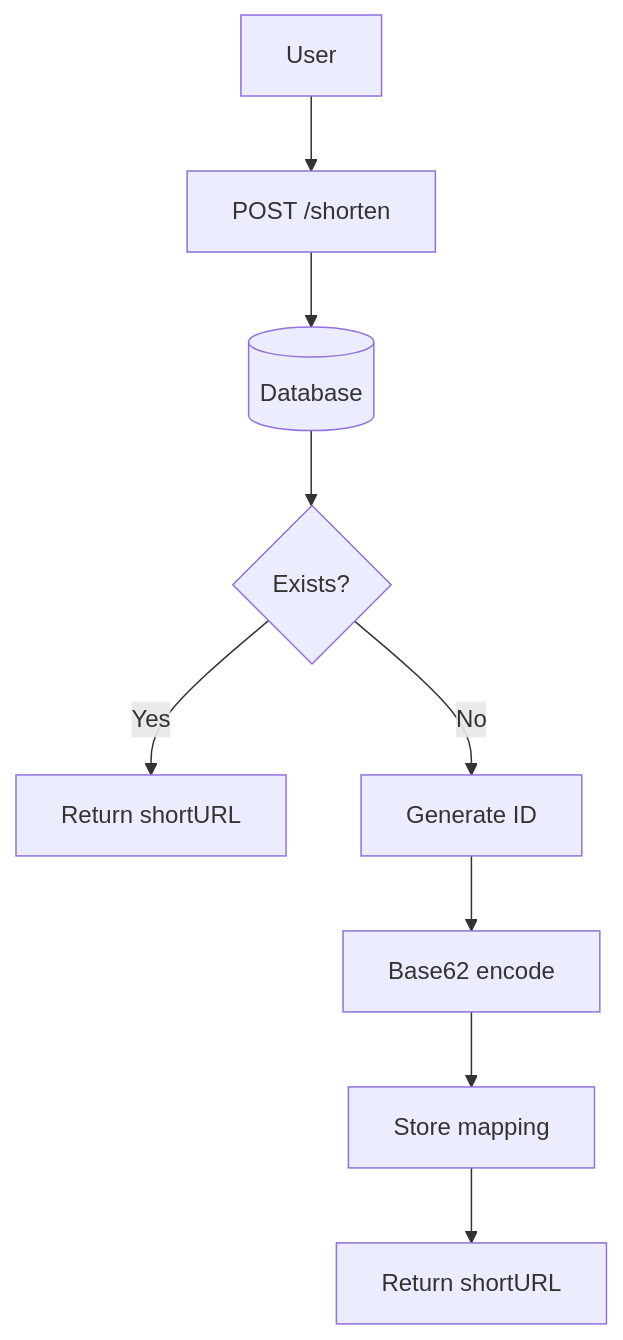
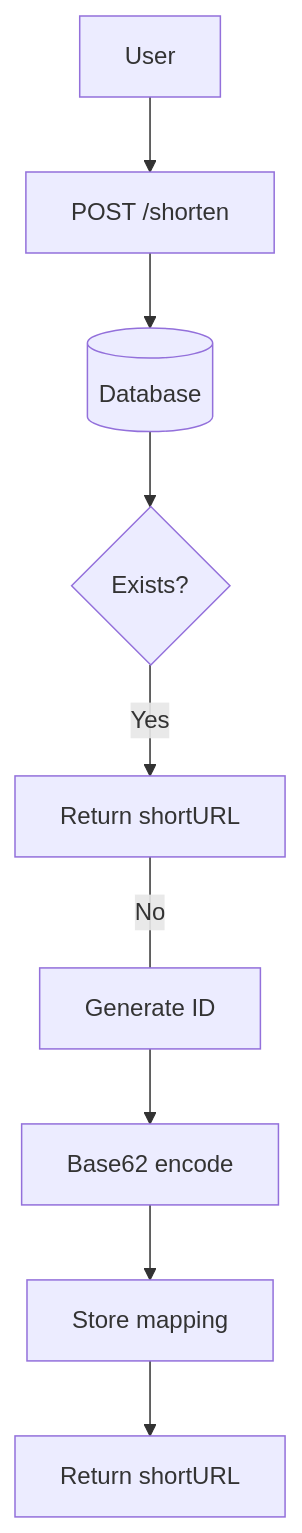
One commit to MasterBhuvnesh/bhuvii changed the first of 2 diagrams in src/content/system-design/url-shortener.md. Above: the diagram before and after it, drawn with Mermaid. The commit also changed other lines of this file and 4 other files, not shown here.

First line of the commit message:
content: HLD articles, diagrams, and theme-aware Mermaid styling

````diff
--- a/src/content/system-design/url-shortener.md
+++ b/src/content/system-design/url-shortener.md
@@ -61,11 +61,5 @@
 ```mermaid
 flowchart TB
-    U[User] --> S[POST /shorten]
-    S --> DB[(Database)]
-    DB --> C{Exists?}
-    C -->|Yes| R1[Return shortURL]
-    C -->|No| G[Generate ID]
-    G --> B[Base62 encode]
-    B --> ST[Store mapping]
-    ST --> R2[Return shortURL]
+    U[User] --> S[POST /shorten] --> DB[(Database)] --> C{Exists?} -->|Yes| R1[Return shortURL]
+    R1 ---|No| G[Generate ID] --> B[Base62 encode] --> ST[Store mapping] --> R2[Return shortURL]
 ```
````
